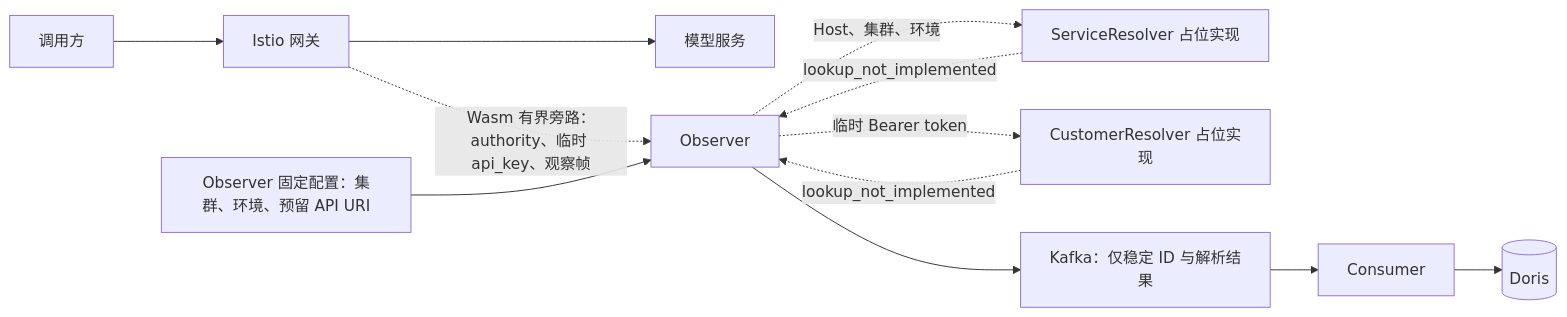
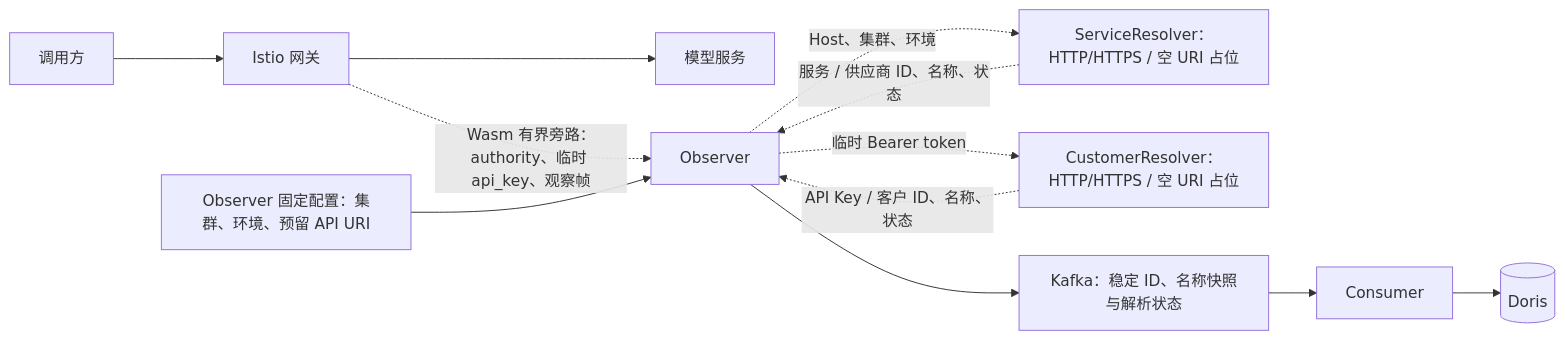
The diagram in docs/spec/plan/host-service-provider-implementation.md (Fangyan33/llm-token-stats), drawn with Mermaid before and after one commit. The commit also changed other lines of this file and 75 other files, not shown here.

````diff
--- a/docs/spec/plan/host-service-provider-implementation.md
+++ b/docs/spec/plan/host-service-provider-implementation.md
@@ -49,11 +49,11 @@
 ```mermaid
 flowchart LR
     C[调用方] --> G[Istio 网关] --> S[模型服务]
     G -. Wasm 有界旁路：authority、临时 api_key、观察帧 .-> O[Observer]
     F[Observer 固定配置：集群、环境、预留 API URI] --> O
-    O -. Host、集群、环境 .-> A[ServiceResolver 占位实现]
-    A -. lookup_not_implemented .-> O
-    O -. 临时 Bearer token .-> B[CustomerResolver 占位实现]
-    B -. lookup_not_implemented .-> O
-    O --> K[Kafka：仅稳定 ID 与解析结果] --> Q[Consumer] --> D[(Doris)]
+    O -. Host、集群、环境 .-> A[ServiceResolver：HTTP/HTTPS / 空 URI 占位]
+    A -. 服务 / 供应商 ID、名称、状态 .-> O
+    O -. 临时 Bearer token .-> B[CustomerResolver：HTTP/HTTPS / 空 URI 占位]
+    B -. API Key / 客户 ID、名称、状态 .-> O
+    O --> K[Kafka：稳定 ID、名称快照与解析状态] --> Q[Consumer] --> D[(Doris)]
 ```
````
